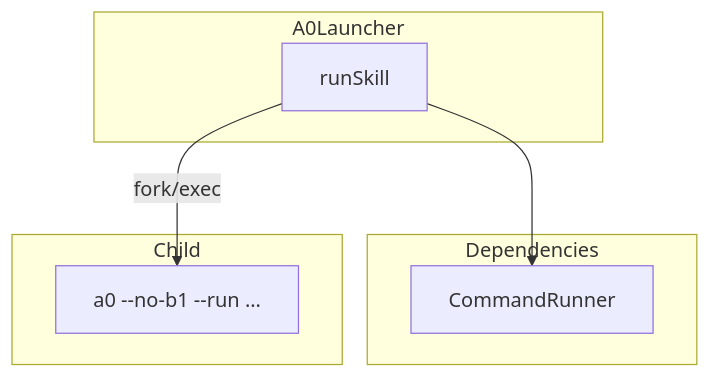
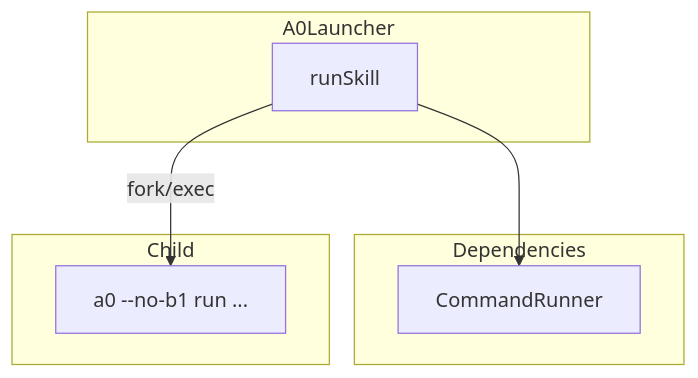
The first of 2 diagrams in src/b1/a0_launcher.spec.md (opensassi/a0), drawn with Mermaid before and after one commit. The commit also changed other lines of this file and 47 other files, not shown here.

Commit message:
2026-06-02-a0-architectural-cleanup-1777bba30ffexd2vQv21odnw8j

````diff
--- a/src/b1/a0_launcher.spec.md
+++ b/src/b1/a0_launcher.spec.md
@@ -34,17 +34,17 @@
 ```mermaid
 graph TB
     subgraph A0Launcher
         RS[runSkill]
     end
 
     subgraph Dependencies
         CR[CommandRunner]
     end
 
     subgraph Child
-        A0[a0 --no-b1 --run ...]
+        A0[a0 --no-b1 run ...]
     end
 
     RS -->|fork/exec| A0
     RS --> CR
 ```
````
